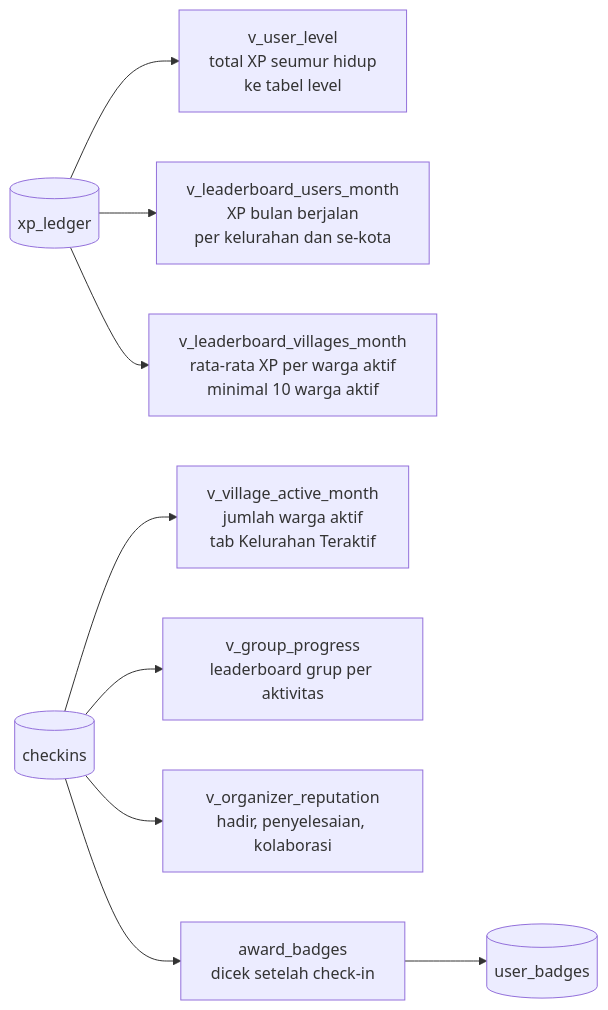
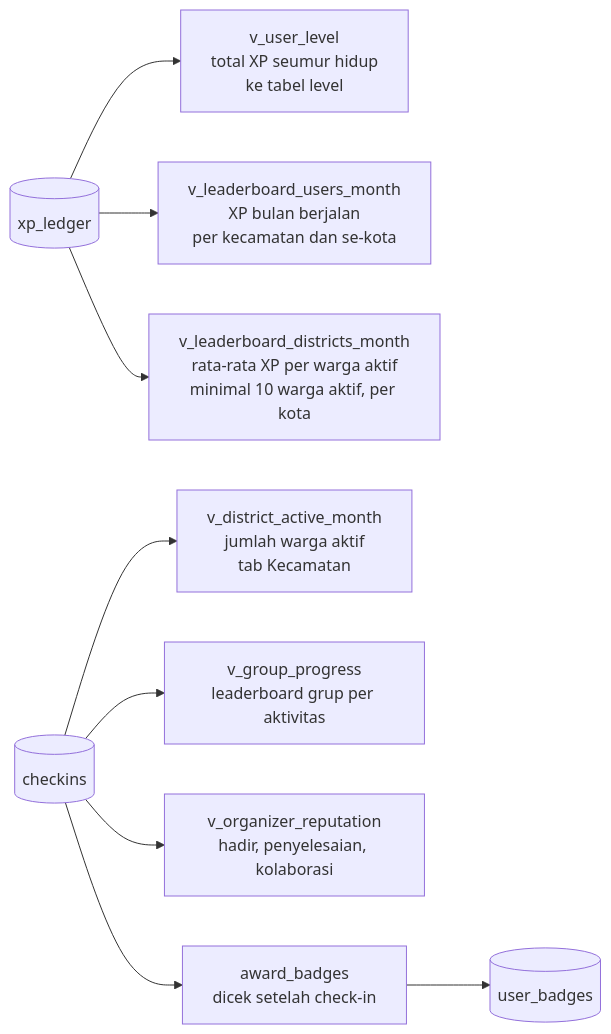
Diagram 24 of 30 in docs/ALUR-SISTEM.md (mirwanma/gasyu), drawn with Mermaid before and after one commit. The commit also changed other lines of this file and 3 other files, not shown here.

````diff
--- a/docs/ALUR-SISTEM.md
+++ b/docs/ALUR-SISTEM.md
@@ -1019,11 +1035,11 @@
 ```mermaid
 flowchart LR
     XL[(xp_ledger)] --> LV[v_user_level<br/>total XP seumur hidup<br/>ke tabel level]
-    XL --> LU[v_leaderboard_users_month<br/>XP bulan berjalan<br/>per kelurahan dan se-kota]
-    XL --> LK[v_leaderboard_villages_month<br/>rata-rata XP per warga aktif<br/>minimal 10 warga aktif]
-    CI[(checkins)] --> AK[v_village_active_month<br/>jumlah warga aktif<br/>tab Kelurahan Teraktif]
+    XL --> LU[v_leaderboard_users_month<br/>XP bulan berjalan<br/>per kecamatan dan se-kota]
+    XL --> LK[v_leaderboard_districts_month<br/>rata-rata XP per warga aktif<br/>minimal 10 warga aktif, per kota]
+    CI[(checkins)] --> AK[v_district_active_month<br/>jumlah warga aktif<br/>tab Kecamatan]
     CI --> LG[v_group_progress<br/>leaderboard grup per aktivitas]
     CI --> OR[v_organizer_reputation<br/>hadir, penyelesaian, kolaborasi]
     CI --> BD[award_badges<br/>dicek setelah check-in]
     BD --> UB[(user_badges)]
 ```
````
